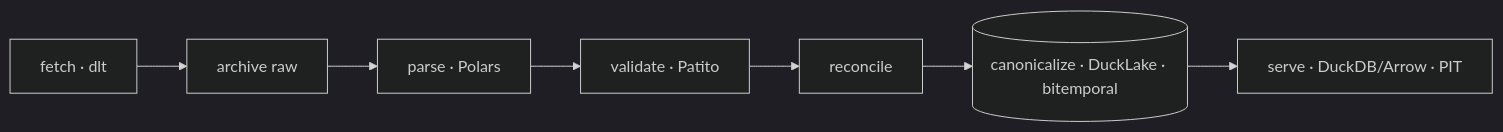
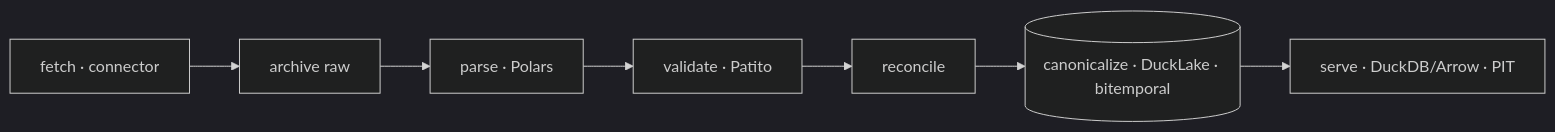
One commit to mblaauw/alpha-lake changed the sixth of 6 diagrams in docs/DESIGN.md. Above: the diagram before and after it, drawn with Mermaid (dark theme). The commit also changed other lines of this file and 2 other files, not shown here.

First line of the commit message:
A — Supersede ADR-0008 + de-dlt DESIGN.md

````diff
--- a/docs/DESIGN.md
+++ b/docs/DESIGN.md
@@ -950,5 +965,5 @@
 ```mermaid
 flowchart LR
-  A[fetch · dlt] --> B[archive raw] --> C[parse · Polars] --> D[validate · Patito]
+  A[fetch · connector] --> B[archive raw] --> C[parse · Polars] --> D[validate · Patito]
   D --> E[reconcile] --> F[(canonicalize · DuckLake · bitemporal)] --> G[serve · DuckDB/Arrow · PIT]
 ```
````
